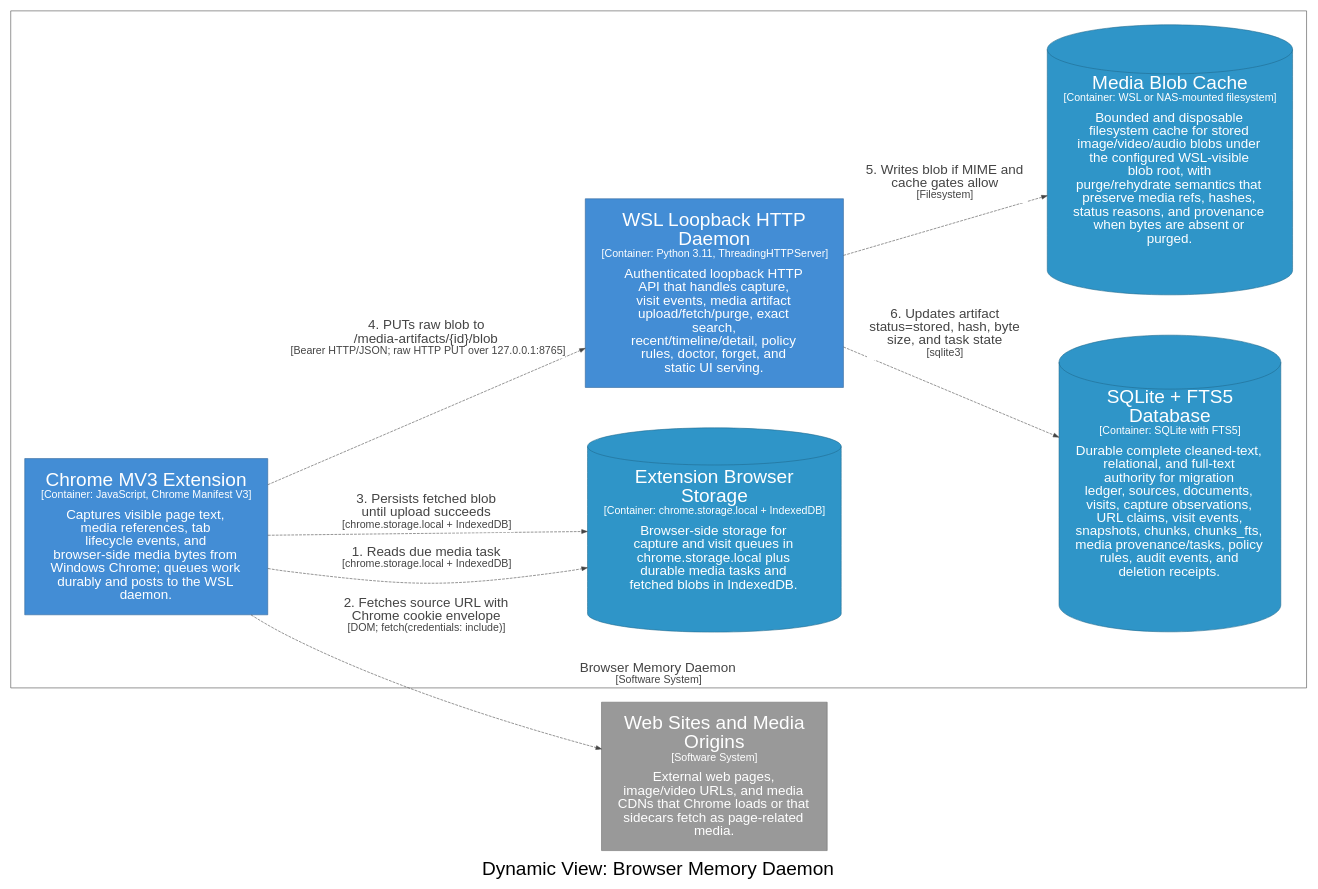
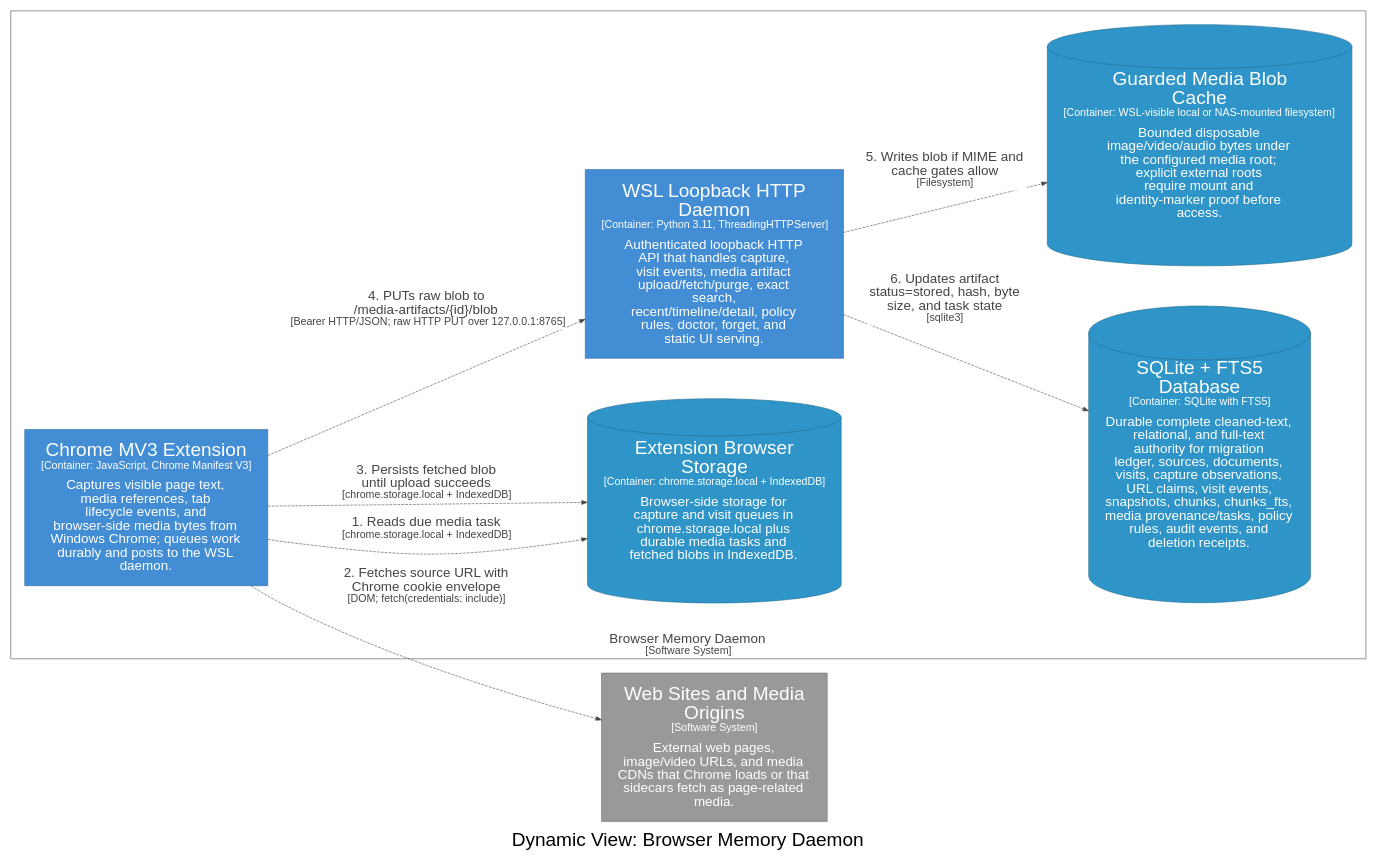
One commit to michaelnicks0/browser-memory-daemon changed the diagram in docs/architecture/diagrams/dot/structurizr-CredentialedMediaSidecarFlow.dot. Above: the diagram before and after it, drawn with Graphviz. The commit also changed 184 other files, not shown here.

Commit message:
feat(storage): split media root and add bounded spool

```diff
--- a/docs/architecture/diagrams/dot/structurizr-CredentialedMediaSidecarFlow.dot
+++ b/docs/architecture/diagrams/dot/structurizr-CredentialedMediaSidecarFlow.dot
@@ -1,32 +1,32 @@
 digraph {
   compound=true
   graph [fontname="Arial", rankdir=LR, ranksep=1.0, nodesep=1.0]
   node [fontname="Arial", shape=box, margin="0.4,0.3"]
   edge [fontname="Arial"]
   label=<<br /><font point-size="34">Dynamic View: Browser Memory Daemon</font>>
 
   subgraph cluster_4 {
     margin=25
     label=<<font point-size="24"><br />Browser Memory Daemon</font><br /><font point-size="19">[Software System]</font>>
     labelloc=b
     color="#444444"
     fontcolor="#444444"
     fillcolor="#444444"
 
     13 [id=13,shape=cylinder, label=<<font point-size="34">Extension Browser<br />Storage</font><br /><font point-size="19">[Container: chrome.storage.local + IndexedDB]</font><br /><br /><font point-size="24">Browser-side storage for<br />capture and visit queues in<br />chrome.storage.local plus<br />durable media tasks and<br />fetched blobs in IndexedDB.</font>>, style=filled, color="#20688c", fillcolor="#2f95c8", fontcolor="#ffffff"]
     14 [id=14,shape=rect, label=<<font point-size="34">WSL Loopback HTTP<br />Daemon</font><br /><font point-size="19">[Container: Python 3.11, ThreadingHTTPServer]</font><br /><br /><font point-size="24">Authenticated loopback HTTP<br />API that handles capture,<br />visit events, media artifact<br />upload/fetch/purge, exact<br />search,<br />recent/timeline/detail, policy<br />rules, doctor, forget, and<br />static UI serving.</font>>, style=filled, color="#2e6295", fillcolor="#438dd5", fontcolor="#ffffff"]
     29 [id=29,shape=cylinder, label=<<font point-size="34">SQLite + FTS5<br />Database</font><br /><font point-size="19">[Container: SQLite with FTS5]</font><br /><br /><font point-size="24">Durable complete cleaned-text,<br />relational, and full-text<br />authority for migration<br />ledger, sources, documents,<br />visits, capture observations,<br />URL claims, visit events,<br />snapshots, chunks, chunks_fts,<br />media provenance/tasks, policy<br />rules, audit events, and<br />deletion receipts.</font>>, style=filled, color="#20688c", fillcolor="#2f95c8", fontcolor="#ffffff"]
-    31 [id=31,shape=cylinder, label=<<font point-size="34">Media Blob Cache</font><br /><font point-size="19">[Container: WSL or NAS-mounted filesystem]</font><br /><br /><font point-size="24">Bounded and disposable<br />filesystem cache for stored<br />image/video/audio blobs under<br />the configured WSL-visible<br />blob root, with<br />purge/rehydrate semantics that<br />preserve media refs, hashes,<br />status reasons, and provenance<br />when bytes are absent or<br />purged.</font>>, style=filled, color="#20688c", fillcolor="#2f95c8", fontcolor="#ffffff"]
+    31 [id=31,shape=cylinder, label=<<font point-size="34">Guarded Media Blob<br />Cache</font><br /><font point-size="19">[Container: WSL-visible local or NAS-mounted filesystem]</font><br /><br /><font point-size="24">Bounded disposable<br />image/video/audio bytes under<br />the configured media root;<br />explicit external roots<br />require mount and<br />identity-marker proof before<br />access.</font>>, style=filled, color="#20688c", fillcolor="#2f95c8", fontcolor="#ffffff"]
     5 [id=5,shape=rect, label=<<font point-size="34">Chrome MV3 Extension</font><br /><font point-size="19">[Container: JavaScript, Chrome Manifest V3]</font><br /><br /><font point-size="24">Captures visible page text,<br />media references, tab<br />lifecycle events, and<br />browser-side media bytes from<br />Windows Chrome; queues work<br />durably and posts to the WSL<br />daemon.</font>>, style=filled, color="#2e6295", fillcolor="#438dd5", fontcolor="#ffffff"]
   }
 
   3 [id=3,shape=rect, label=<<font point-size="34">Web Sites and Media<br />Origins</font><br /><font point-size="19">[Software System]</font><br /><br /><font point-size="24">External web pages,<br />image/video URLs, and media<br />CDNs that Chrome loads or that<br />sidecars fetch as page-related<br />media.</font>>, style=filled, color="#6b6b6b", fillcolor="#999999", fontcolor="#ffffff"]
 
-  5 -> 13 [id=39, label=<<TABLE BORDER="0" CELLBORDER="0" CELLSPACING="0" CELLPADDING="4" BGCOLOR="white"><TR><TD><font point-size="24">1. Reads due media task</font><br /><font point-size="19">[chrome.storage.local + IndexedDB]</font></TD></TR></TABLE>>, style="dashed", color="#444444", fontcolor="#444444"]
-  5 -> 3 [id=38, label=<<TABLE BORDER="0" CELLBORDER="0" CELLSPACING="0" CELLPADDING="4" BGCOLOR="white"><TR><TD><font point-size="24">2. Fetches source URL with<br />Chrome cookie envelope</font><br /><font point-size="19">[DOM; fetch(credentials: include)]</font></TD></TR></TABLE>>, style="dashed", color="#444444", fontcolor="#444444"]
-  5 -> 13 [id=39, label=<<TABLE BORDER="0" CELLBORDER="0" CELLSPACING="0" CELLPADDING="4" BGCOLOR="white"><TR><TD><font point-size="24">3. Persists fetched blob<br />until upload succeeds</font><br /><font point-size="19">[chrome.storage.local + IndexedDB]</font></TD></TR></TABLE>>, style="dashed", color="#444444", fontcolor="#444444"]
-  5 -> 14 [id=40, label=<<TABLE BORDER="0" CELLBORDER="0" CELLSPACING="0" CELLPADDING="4" BGCOLOR="white"><TR><TD><font point-size="24">4. PUTs raw blob to<br />/media-artifacts/{id}/blob</font><br /><font point-size="19">[Bearer HTTP/JSON; raw HTTP PUT over 127.0.0.1:8765]</font></TD></TR></TABLE>>, style="dashed", color="#444444", fontcolor="#444444"]
-  14 -> 31 [id=47, label=<<TABLE BORDER="0" CELLBORDER="0" CELLSPACING="0" CELLPADDING="4" BGCOLOR="white"><TR><TD><font point-size="24">5. Writes blob if MIME and<br />cache gates allow</font><br /><font point-size="19">[Filesystem]</font></TD></TR></TABLE>>, style="dashed", color="#444444", fontcolor="#444444"]
-  14 -> 29 [id=45, label=<<TABLE BORDER="0" CELLBORDER="0" CELLSPACING="0" CELLPADDING="4" BGCOLOR="white"><TR><TD><font point-size="24">6. Updates artifact<br />status=stored, hash, byte<br />size, and task state</font><br /><font point-size="19">[sqlite3]</font></TD></TR></TABLE>>, style="dashed", color="#444444", fontcolor="#444444"]
+  5 -> 13 [id=40, label=<<TABLE BORDER="0" CELLBORDER="0" CELLSPACING="0" CELLPADDING="4" BGCOLOR="white"><TR><TD><font point-size="24">1. Reads due media task</font><br /><font point-size="19">[chrome.storage.local + IndexedDB]</font></TD></TR></TABLE>>, style="dashed", color="#444444", fontcolor="#444444"]
+  5 -> 3 [id=39, label=<<TABLE BORDER="0" CELLBORDER="0" CELLSPACING="0" CELLPADDING="4" BGCOLOR="white"><TR><TD><font point-size="24">2. Fetches source URL with<br />Chrome cookie envelope</font><br /><font point-size="19">[DOM; fetch(credentials: include)]</font></TD></TR></TABLE>>, style="dashed", color="#444444", fontcolor="#444444"]
+  5 -> 13 [id=40, label=<<TABLE BORDER="0" CELLBORDER="0" CELLSPACING="0" CELLPADDING="4" BGCOLOR="white"><TR><TD><font point-size="24">3. Persists fetched blob<br />until upload succeeds</font><br /><font point-size="19">[chrome.storage.local + IndexedDB]</font></TD></TR></TABLE>>, style="dashed", color="#444444", fontcolor="#444444"]
+  5 -> 14 [id=41, label=<<TABLE BORDER="0" CELLBORDER="0" CELLSPACING="0" CELLPADDING="4" BGCOLOR="white"><TR><TD><font point-size="24">4. PUTs raw blob to<br />/media-artifacts/{id}/blob</font><br /><font point-size="19">[Bearer HTTP/JSON; raw HTTP PUT over 127.0.0.1:8765]</font></TD></TR></TABLE>>, style="dashed", color="#444444", fontcolor="#444444"]
+  14 -> 31 [id=49, label=<<TABLE BORDER="0" CELLBORDER="0" CELLSPACING="0" CELLPADDING="4" BGCOLOR="white"><TR><TD><font point-size="24">5. Writes blob if MIME and<br />cache gates allow</font><br /><font point-size="19">[Filesystem]</font></TD></TR></TABLE>>, style="dashed", color="#444444", fontcolor="#444444"]
+  14 -> 29 [id=47, label=<<TABLE BORDER="0" CELLBORDER="0" CELLSPACING="0" CELLPADDING="4" BGCOLOR="white"><TR><TD><font point-size="24">6. Updates artifact<br />status=stored, hash, byte<br />size, and task state</font><br /><font point-size="19">[sqlite3]</font></TD></TR></TABLE>>, style="dashed", color="#444444", fontcolor="#444444"]
 
 }
```
